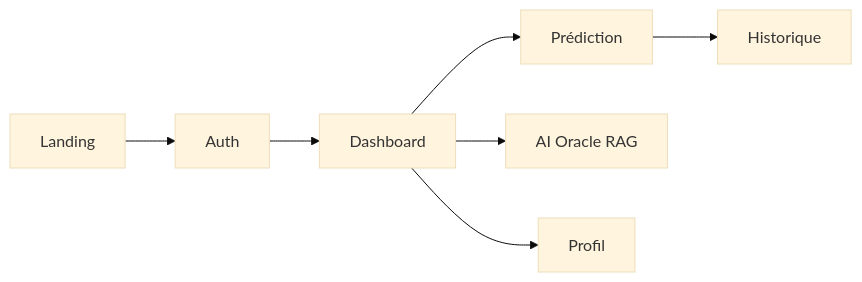
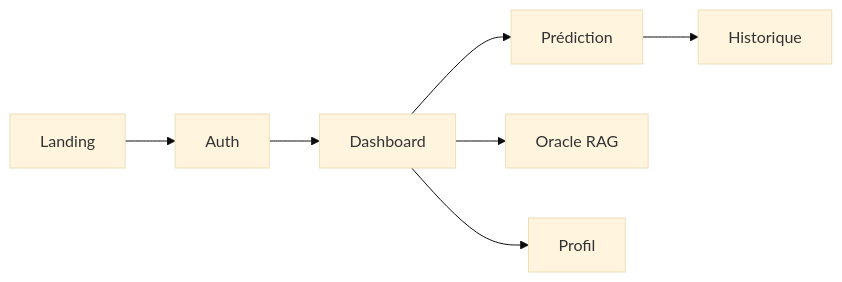
One commit to John-Do59/L1-DataLab- changed the diagram in design.md. Above: the diagram before and after it, drawn with Mermaid (base theme). The commit also changed other lines of this file and 15 other files, not shown here.

````diff
--- a/design.md
+++ b/design.md
@@ -105,9 +105,9 @@
 ```mermaid
 flowchart LR
   A[Landing] --> B[Auth]
   B --> C[Dashboard]
   C --> D[Prédiction]
   D --> E[Historique]
-  C --> F[AI Oracle RAG]
+  C --> F[Oracle RAG]
   C --> G[Profil]
 ```
````
